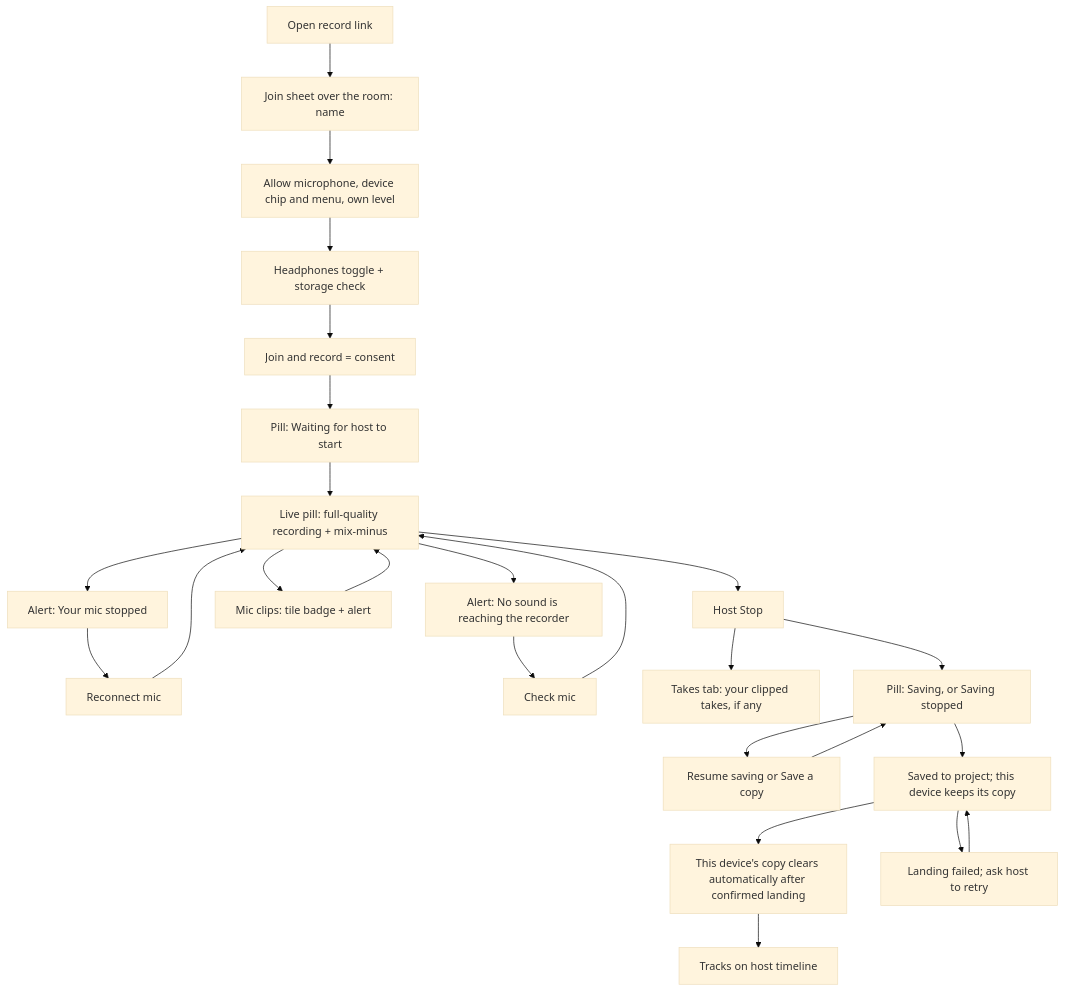
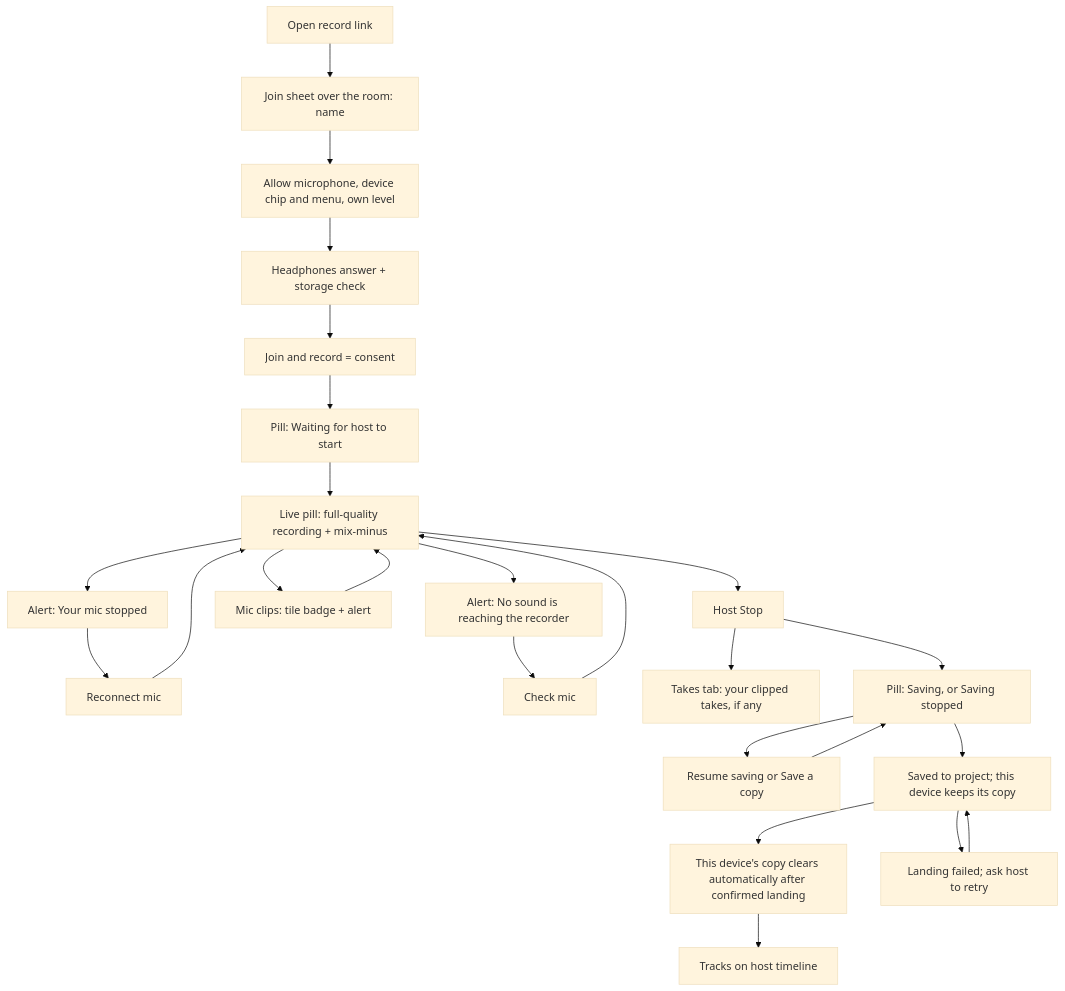
One commit to calebn/sharecut-studio changed the fifth of 6 diagrams in ux/pages/guest-journeys.md. Above: the diagram before and after it, drawn with Mermaid (base theme). The commit also changed other lines of this file and 5 other files, not shown here.

````diff
--- a/ux/pages/guest-journeys.md
+++ b/ux/pages/guest-journeys.md
@@ -222,27 +222,27 @@
 ```mermaid
 flowchart TD
   open[Open record link] --> sheet[Join sheet over the room: name]
   sheet --> devices[Allow microphone, device chip and menu, own level]
-  devices --> phones[Headphones toggle + storage check]
+  devices --> phones[Headphones answer + storage check]
   phones --> join[Join and record = consent]
   join --> wait[Pill: Waiting for host to start]
   wait --> rec[Live pill: full-quality recording + mix-minus]
   rec --> lost[Alert: Your mic stopped]
   lost --> reconnect[Reconnect mic]
   reconnect --> rec
   rec --> silent[Alert: No sound is reaching the recorder]
   silent --> check[Check mic]
   check --> rec
   rec --> clip[Mic clips: tile badge + alert]
   clip --> rec
   rec --> stop[Host Stop]
   stop --> clipped[Takes tab: your clipped takes, if any]
   stop --> saving[Pill: Saving, or Saving stopped]
   saving --> recovery[Resume saving or Save a copy]
   recovery --> saving
   saving --> staged[Saved to project; this device keeps its copy]
   staged --> opfs[This device's copy clears automatically after confirmed landing]
   staged --> failed[Landing failed; ask host to retry]
   failed --> staged
   opfs --> done[Tracks on host timeline]
 ```
````
